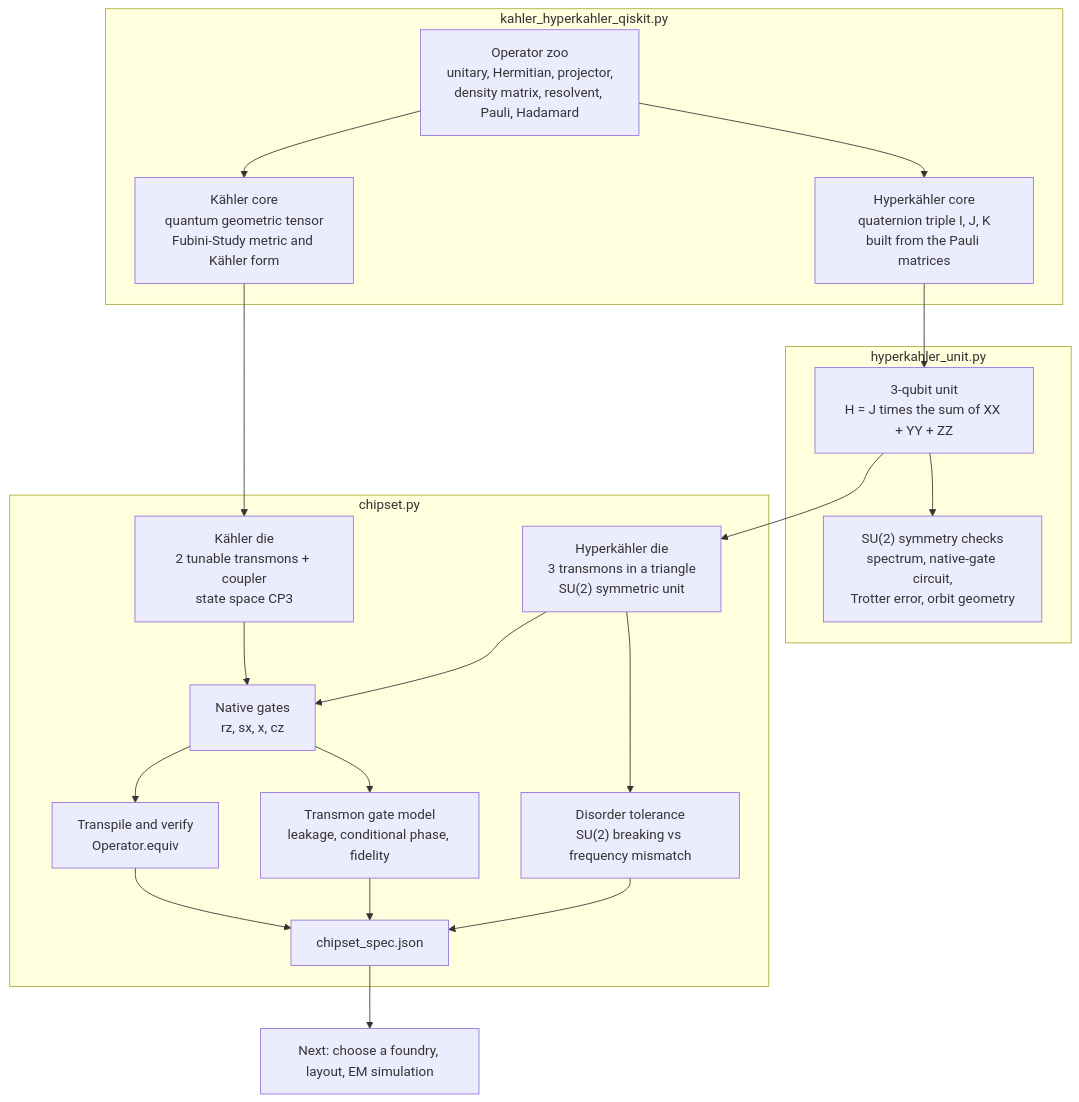
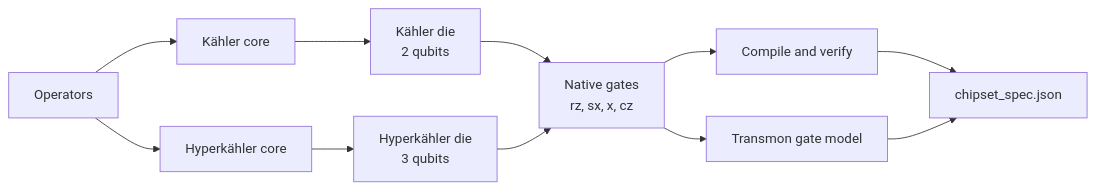
Before and after one commit to subunidades/kahler-hyperkahler-chipset: the diagram in README.md, drawn with Mermaid.

Commit message:
Revise architecture flowchart in README
Updated flowchart to improve clarity and structure.

````diff
--- a/README.md
+++ b/README.md
@@ -14,39 +14,13 @@
 ```mermaid
-flowchart TD
-    subgraph P1["kahler_hyperkahler_qiskit.py"]
-        A["Operator zoo<br/>unitary, Hermitian, projector,<br/>density matrix, resolvent, Pauli, Hadamard"]
-        B["Kähler core<br/>quantum geometric tensor<br/>Fubini-Study metric and Kähler form"]
-        C["Hyperkähler core<br/>quaternion triple I, J, K<br/>built from the Pauli matrices"]
-        A --> B
-        A --> C
-    end
-
-    subgraph P2["hyperkahler_unit.py"]
-        U["3-qubit unit<br/>H = J times the sum of XX + YY + ZZ"]
-        V["SU(2) symmetry checks<br/>spectrum, native-gate circuit,<br/>Trotter error, orbit geometry"]
-        U --> V
-    end
-
-    subgraph P3["chipset.py"]
-        KD["Kähler die<br/>2 tunable transmons + coupler<br/>state space CP3"]
-        HD["Hyperkähler die<br/>3 transmons in a triangle<br/>SU(2) symmetric unit"]
-        NG["Native gates<br/>rz, sx, x, cz"]
-        TP["Transpile and verify<br/>Operator.equiv"]
-        TM["Transmon gate model<br/>leakage, conditional phase, fidelity"]
-        DT["Disorder tolerance<br/>SU(2) breaking vs frequency mismatch"]
-        OUT["chipset_spec.json"]
-        KD --> NG
-        HD --> NG
-        NG --> TP
-        NG --> TM
-        HD --> DT
-        TP --> OUT
-        TM --> OUT
-        DT --> OUT
-    end
-
-    B --> KD
-    C --> U
-    U --> HD
-    OUT --> NEXT["Next: choose a foundry, layout, EM simulation"]
+flowchart LR
+    A["Operators"] --> B["Kähler core"]
+    A --> C["Hyperkähler core"]
+    B --> D["Kähler die<br/>2 qubits"]
+    C --> E["Hyperkähler die<br/>3 qubits"]
+    D --> F["Native gates<br/>rz, sx, x, cz"]
+    E --> F
+    F --> G["Compile and verify"]
+    F --> H["Transmon gate model"]
+    G --> I["chipset_spec.json"]
+    H --> I
 ```
````
